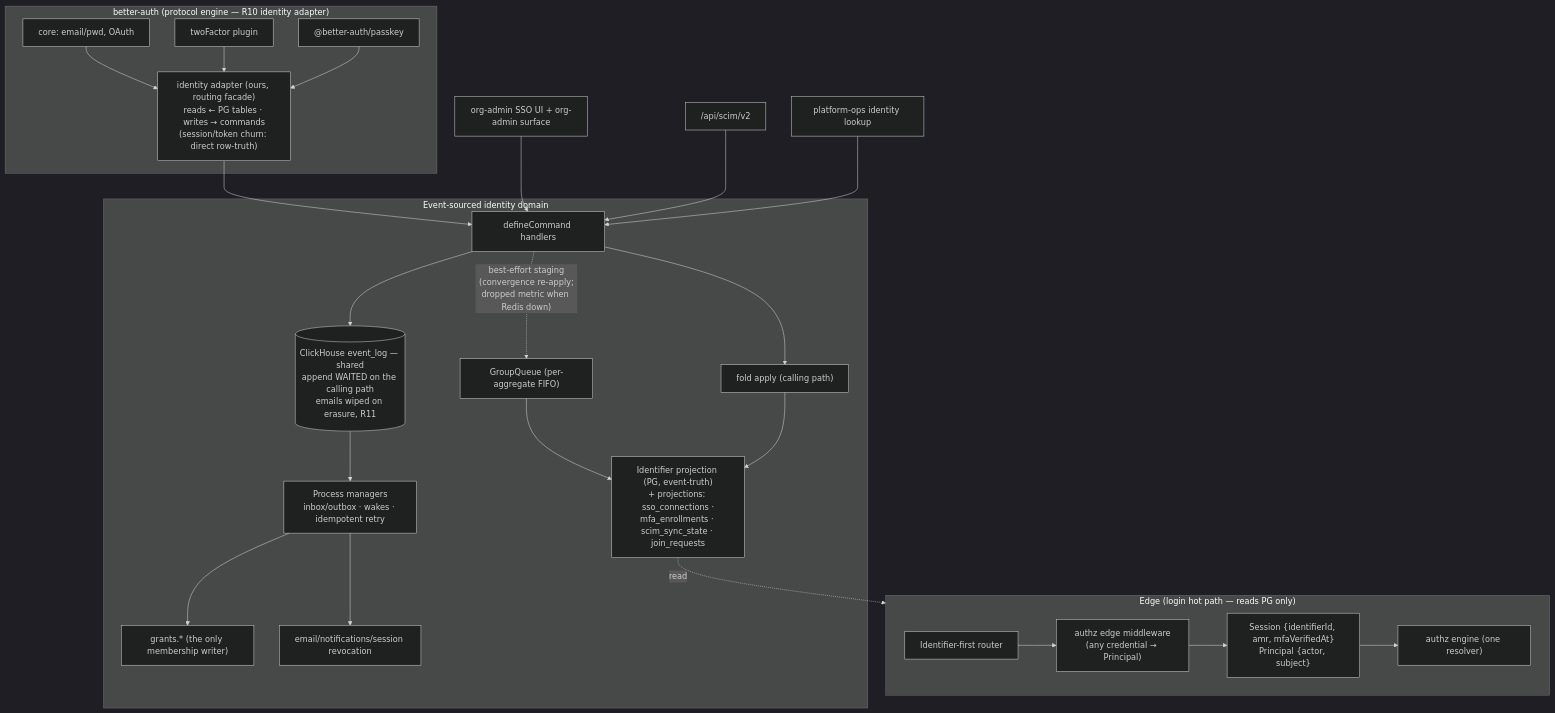
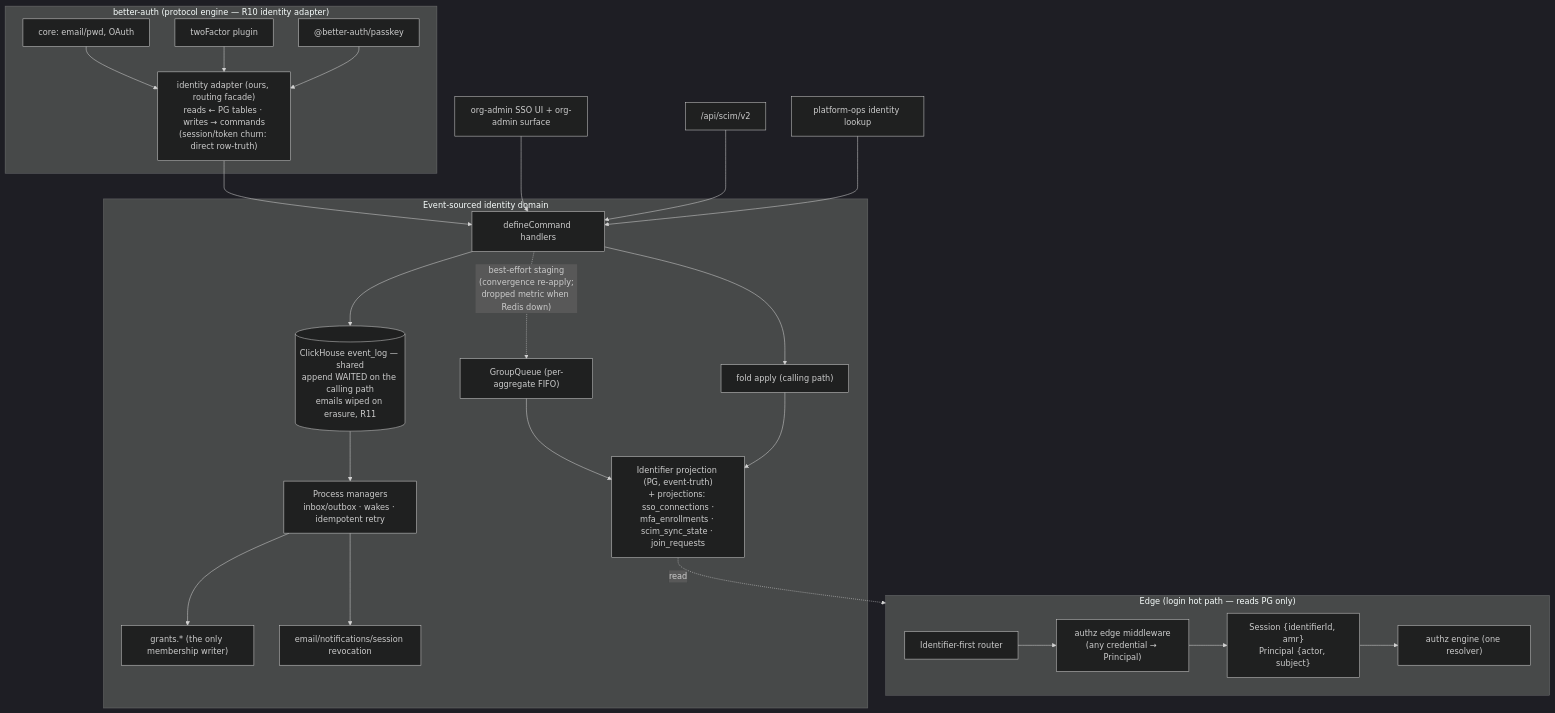
One commit to langwatch/langwatch changed the second of 3 diagrams in dev/docs/identity-platform-redesign.md. Above: the diagram before and after it, drawn with Mermaid (dark theme). The commit also changed other lines of this file and 5 other files, not shown here.

````diff
--- a/dev/docs/identity-platform-redesign.md
+++ b/dev/docs/identity-platform-redesign.md
@@ -209,35 +212,35 @@
 ```mermaid
 flowchart TB
     subgraph Edge["Edge (login hot path — reads PG only)"]
         R[Identifier-first router] --> MW["authz edge middleware<br/>(any credential → Principal)"]
-        MW --> SE["Session {identifierId, amr, mfaVerifiedAt}<br/>Principal {actor, subject}"]
+        MW --> SE["Session {identifierId, amr}<br/>Principal {actor, subject}"]
         SE --> EN["authz engine (one resolver)"]
     end
 
     subgraph BA["better-auth (protocol engine — R10 identity adapter)"]
         CORE[core: email/pwd, OAuth]
         TF[twoFactor plugin]
         PK["@better-auth/passkey"]
         IE["identity adapter (ours, routing facade)<br/>reads ← PG tables · writes → commands<br/>(session/token churn: direct row-truth)"]
         CORE --> IE
         TF --> IE
         PK --> IE
     end
 
     subgraph ES["Event-sourced identity domain"]
         CMD[defineCommand handlers] --> CH[("ClickHouse event_log — shared<br/>append WAITED on the calling path<br/>emails wiped on erasure, R11")]
         CMD --> APPLY["fold apply (calling path)"]
         CMD -.->|"best-effort staging<br/>(convergence re-apply;<br/>dropped metric when Redis down)"| GQ["GroupQueue (per-aggregate FIFO)"]
         GQ --> PRJ
         APPLY --> PRJ["Identifier projection (PG, event-truth)<br/>+ projections: sso_connections ·<br/>mfa_enrollments · scim_sync_state · join_requests"]
         CH --> PM["Process managers<br/>inbox/outbox · wakes · idempotent retry"]
         PM --> GR["grants.* (the only membership writer)"]
         PM --> EXT[email/notifications/session revocation]
     end
 
     IE --> CMD
     UI[org-admin SSO UI + org-admin surface] --> CMD
     SCIM["/api/scim/v2"] --> CMD
     OPS[platform-ops identity lookup] --> CMD
     PRJ -.->|read| Edge
 ```
````
